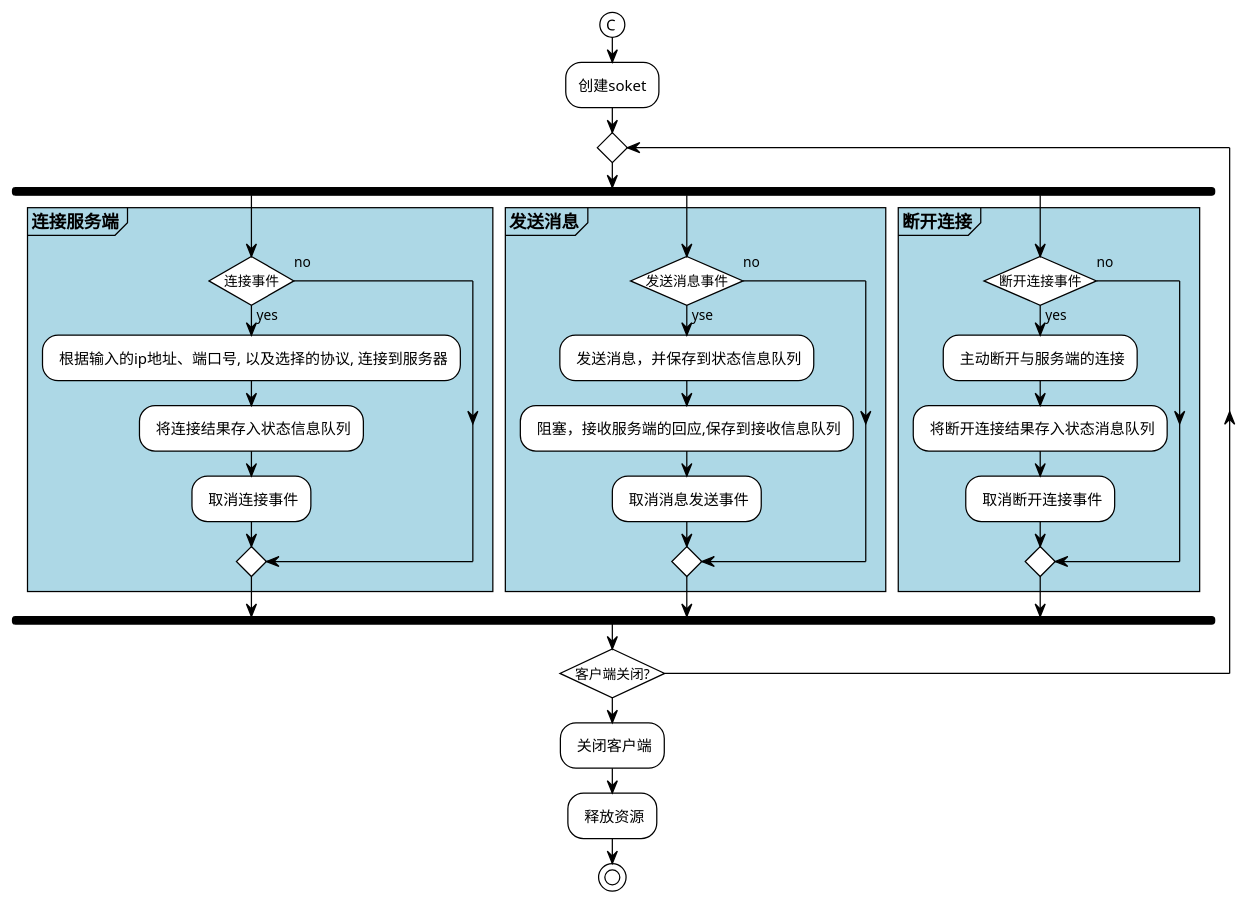
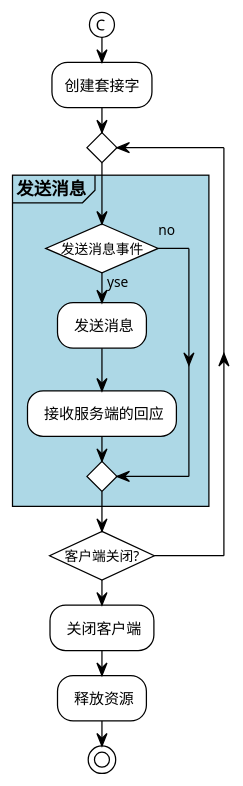
One commit to CJY-C/tcp changed the diagram in doc/clientNode.puml. Above: the diagram before and after it, drawn with PlantUML. The commit also changed 62 other files, not shown here.

```diff
--- a/doc/clientNode.puml
+++ b/doc/clientNode.puml
@@ -1,41 +1,36 @@
 @startuml
 !theme plain
 skinparam conditionStyle InsideDiamond
 |客户端|
 /' start '/
 (C)
-:创建soket;
+:创建套接字;
 repeat
-fork
-    partition <b>连接服务端 #lightblue
-        if (连接事件) then (yes)
-            : 根据输入的ip地址、端口号, 以及选择的协议, 连接到服务器;
-            : 将连接结果存入状态信息队列;
-            : 取消连接事件;
+/' fork '/
+/'     partition <b>连接服务端 #lightblue '/
+/'         if (连接事件) then (yes) '/
+/'             : 根据输入参数，连接到服务器; '/
+/'         else (no) '/
+/'         endif '/
+/'     } '/
+/' fork again '/
+    partition <b>发送消息 #lightblue
+        if (发送消息事件) then (yse)
+            : 发送消息;
+            : 接收服务端的回应;
         else (no)
         endif
     }
-fork again
-    partition <b>发送消息 #lightblue
-        if (发送消息事件) then (yse)
-            : 发送消息，并保存到状态信息队列;
-            : 阻塞，接收服务端的回应,保存到接收信息队列;
-            : 取消消息发送事件;
-        else (no)
-        endif
-    }
-fork again
-    partition <b>断开连接 #lightblue
-        if  (断开连接事件) then (yes)
-            : 主动断开与服务端的连接;
-            : 将断开连接结果存入状态消息队列;
-            : 取消断开连接事件;
-        else (no)
-        endif
-    }
-end fork
+/' fork again '/
+/'     partition <b>断开连接 #lightblue '/
+/'         if  (断开连接事件) then (yes) '/
+/'             : 断开与服务端的连接; '/
+/'         else (no) '/
+/'         endif '/
+/'     } '/
+/' end fork '/
 repeat while (客户端关闭?)
 : 关闭客户端;
 : 释放资源;
 stop
 @enduml
```
